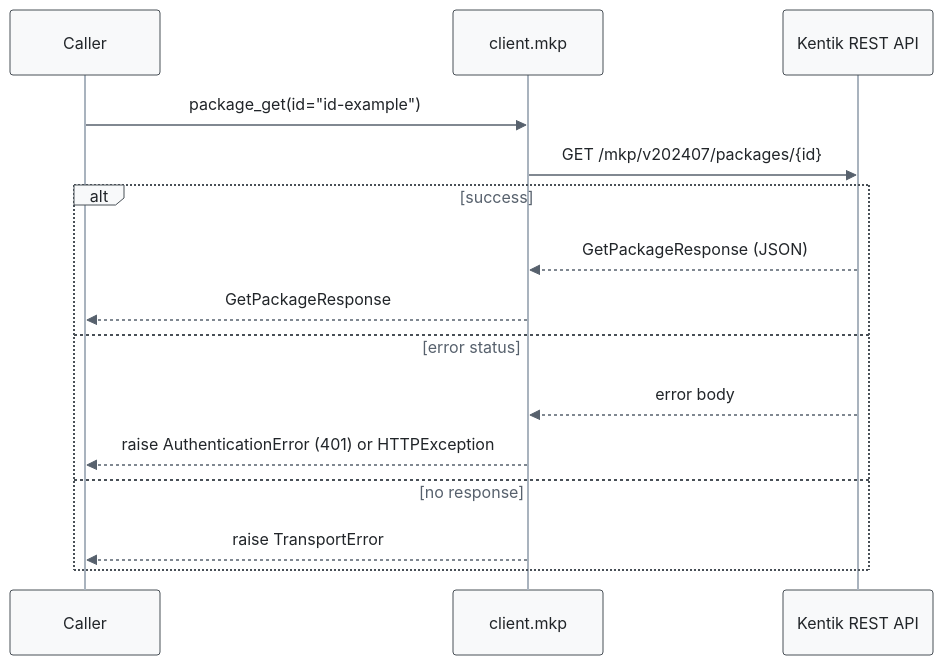
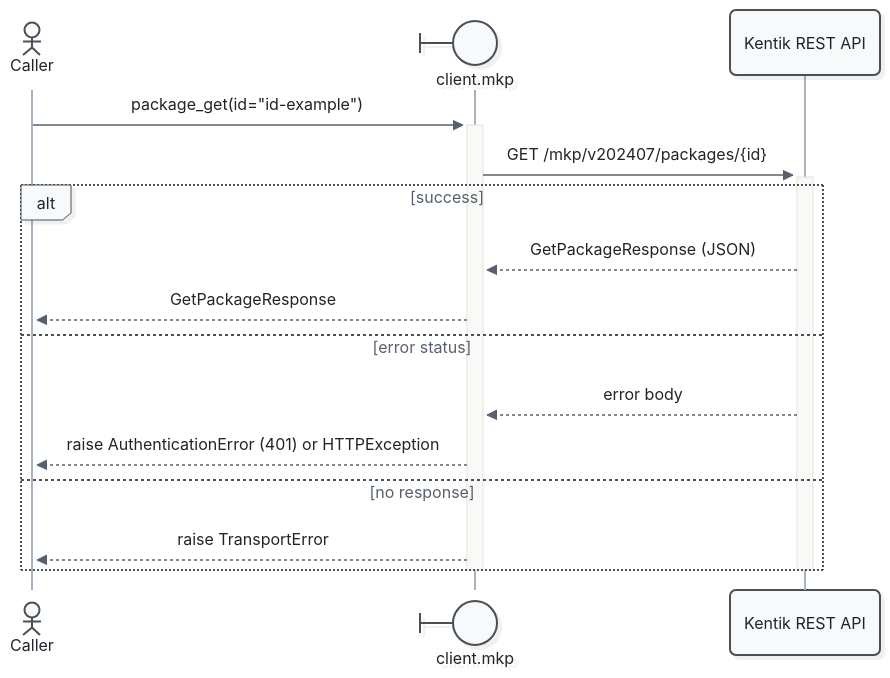
The fifth of 29 diagrams in docs/sphinx/services/mkp.md (alexdearaujo/community_sdk_python), drawn with Mermaid before and after one commit. The commit also changed other lines of this file and 52 other files, not shown here.

First line of the commit message:
docs: Mermaid 12 sequence diagrams with participant types and path colors

````diff
--- a/docs/sphinx/services/mkp.md
+++ b/docs/sphinx/services/mkp.md
@@ -184,19 +194,21 @@
 ```mermaid
-%%{init: {"theme": "base", "fontFamily": "ui-monospace, SFMono-Regular, Menlo, monospace", "themeVariables": {"fontFamily": "ui-monospace, SFMono-Regular, Menlo, monospace", "primaryColor": "#f8f9fa", "primaryBorderColor": "#495057", "primaryTextColor": "#212529", "textColor": "#212529", "lineColor": "#77818c", "edgeLabelBackground": "#ffffff", "actorBkg": "#f8f9fa", "actorBorder": "#495057", "actorTextColor": "#212529", "actorLineColor": "#a9b3be", "signalColor": "#57616d", "signalTextColor": "#212529", "labelBoxBkgColor": "#f8f9fa", "labelBoxBorderColor": "#495057", "labelTextColor": "#212529", "loopTextColor": "#57616d", "noteBkgColor": "#fff9db", "noteBorderColor": "#f08c00", "noteTextColor": "#a35a00"}, "flowchart": {"curve": "step", "nodeSpacing": 30, "rankSpacing": 70, "wrappingWidth": 400}}}%%
+%%{init: {"theme": "redux", "look": "neo", "layout": "dagre", "fontFamily": "ui-monospace, SFMono-Regular, Menlo, monospace", "themeVariables": {"fontFamily": "ui-monospace, SFMono-Regular, Menlo, monospace", "primaryColor": "#f8f9fa", "primaryBorderColor": "#495057", "primaryTextColor": "#212529", "textColor": "#212529", "lineColor": "#77818c", "edgeLabelBackground": "#ffffff", "actorBkg": "#f8f9fa", "actorBorder": "#495057", "actorTextColor": "#212529", "actorLineColor": "#a9b3be", "signalColor": "#57616d", "signalTextColor": "#212529", "labelBoxBkgColor": "#f8f9fa", "labelBoxBorderColor": "#495057", "labelTextColor": "#212529", "loopTextColor": "#57616d", "noteBkgColor": "#fff9db", "noteBorderColor": "#f08c00", "noteTextColor": "#a35a00"}, "sequence": {"activationWidth": 16}, "flowchart": {"curve": "step", "nodeSpacing": 30, "rankSpacing": 70, "wrappingWidth": 400}}}%%
 sequenceDiagram
-    participant C as Caller
-    participant W as client.mkp
+    actor C as Caller
+    participant W@{ "type": "boundary" } as client.mkp
     participant API as Kentik REST API
 
-    C->>W: package_get(id="id-example")
-    W->>API: GET /mkp/v202407/packages/{id}
+    C->>+W: package_get(id="id-example")
+    W->>+API: GET /mkp/v202407/packages/{id}
     alt success
         API-->>W: GetPackageResponse (JSON)
         W-->>C: GetPackageResponse
     else error status
         API-->>W: error body
         W-->>C: raise AuthenticationError (401) or HTTPException
     else no response
         W-->>C: raise TransportError
     end
+    deactivate API
+    deactivate W
 ```
````
